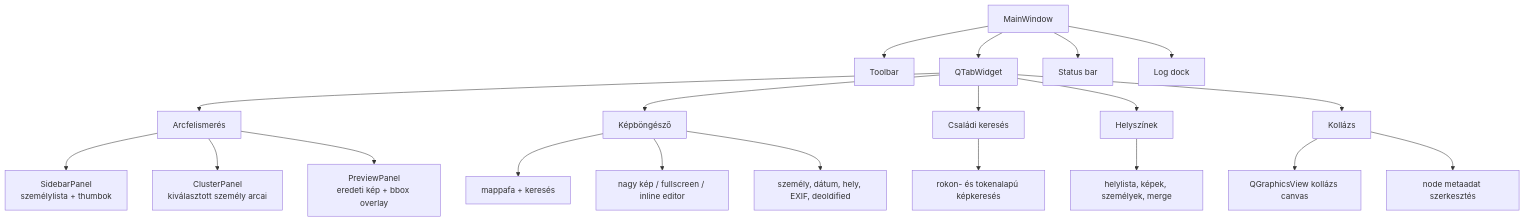
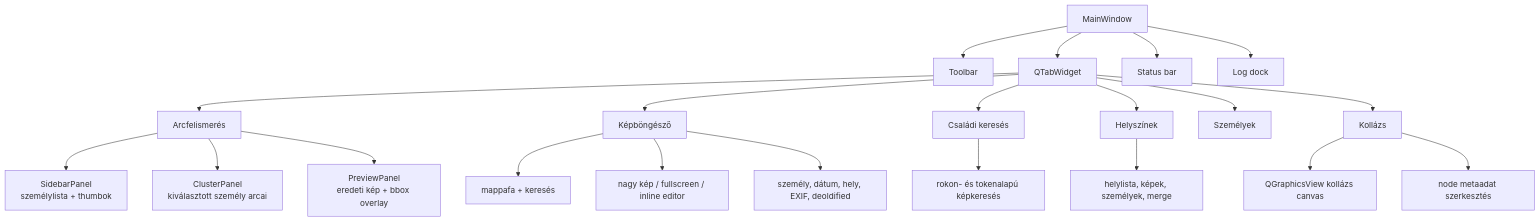
The fourth of 4 diagrams in docs/blueprint.md (BenKoncsik/local_ai_face_recognizer), drawn with Mermaid before and after one commit. The commit also changed other lines of this file and 5 other files, not shown here.

````diff
--- a/docs/blueprint.md
+++ b/docs/blueprint.md
@@ -584,26 +630,27 @@
 ```mermaid
 flowchart TB
     MW["MainWindow"] --> TB["Toolbar"]
     MW --> TABS["QTabWidget"]
     MW --> STATUS["Status bar"]
     MW --> LOG["Log dock"]
 
     TABS --> FACES["Arcfelismerés"]
     TABS --> BROWSER["Képböngésző"]
     TABS --> FAMILY["Családi keresés"]
     TABS --> PLACES["Helyszínek"]
+    TABS --> PERSONS["Személyek"]
     TABS --> COLLAGE["Kollázs"]
 
     FACES --> SIDE["SidebarPanel\nszemélylista + thumbok"]
     FACES --> CLUSTER["ClusterPanel\nkiválasztott személy arcai"]
     FACES --> PREVIEW["PreviewPanel\neredeti kép + bbox overlay"]
 
     BROWSER --> TREE["mappafa + keresés"]
     BROWSER --> VIEW["nagy kép / fullscreen / inline editor"]
     BROWSER --> INFO["személy, dátum, hely, EXIF, deoldified"]
 
     FAMILY --> FSEARCH["rokon- és tokenalapú képkeresés"]
     PLACES --> LVIEW["helylista, képek, személyek, merge"]
     COLLAGE --> CANVAS["QGraphicsView kollázs canvas"]
     COLLAGE --> META["node metaadat szerkesztés"]
 ```
````
